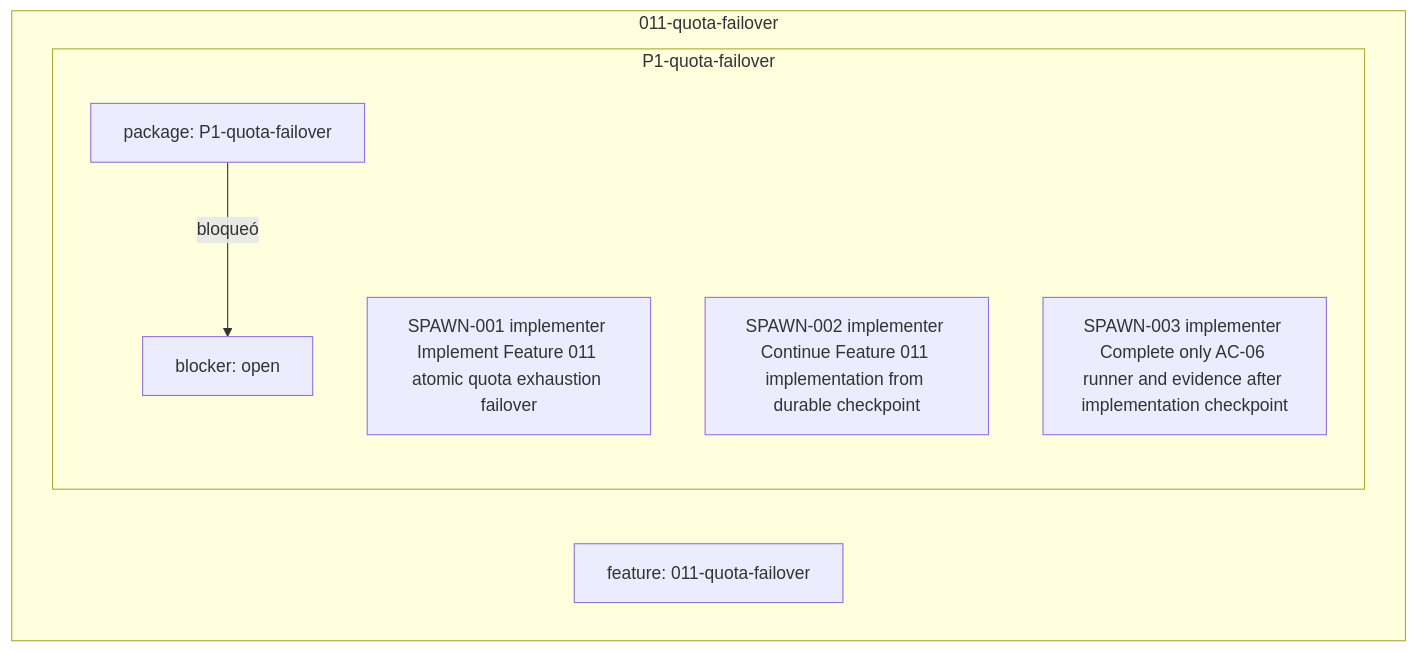
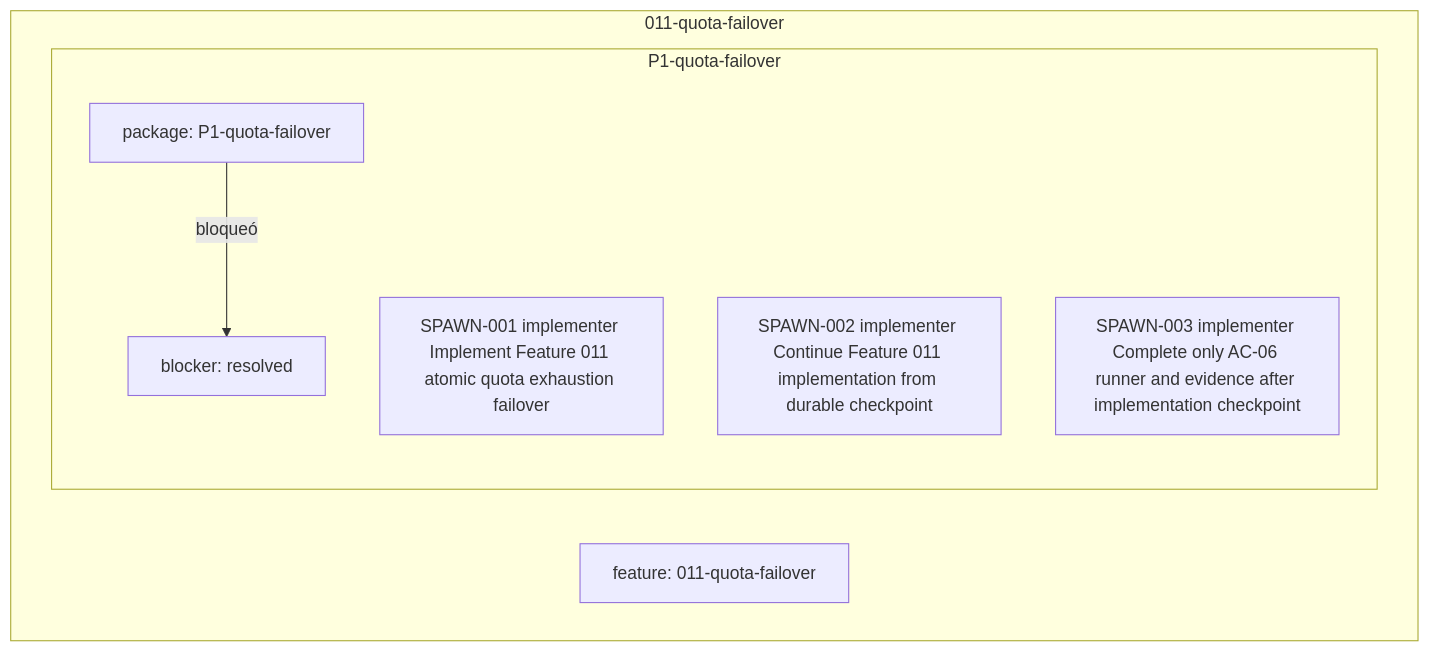
The diagram in docs/notas/features/011-quota-failover/grafo.md (federico0330/set-agents), drawn with Mermaid before and after one commit. The commit also changed 89 other files, not shown here.

````diff
--- a/docs/notas/features/011-quota-failover/grafo.md
+++ b/docs/notas/features/011-quota-failover/grafo.md
@@ -4,14 +4,14 @@
 ```mermaid
 flowchart TD
 subgraph sg_011_quota_failover["011-quota-failover"]
   feature_011_quota_failover_1["feature: 011-quota-failover"]
   subgraph sg_011_quota_failover_p1_quota_failover["P1-quota-failover"]
     package_011_quota_failover_p1_quota_failover_1["package: P1-quota-failover"]
     spawn_011_quota_failover_p1_quota_failover_1["SPAWN-001 implementer Implement Feature 011 atomic quota exhaustion failover"]
     spawn_011_quota_failover_p1_quota_failover_2["SPAWN-002 implementer Continue Feature 011 implementation from durable checkpoint"]
     spawn_011_quota_failover_p1_quota_failover_3["SPAWN-003 implementer Complete only AC-06 runner and evidence after implementation checkpoint"]
-    blocker_011_quota_failover_p1_quota_failover_1["blocker: open"]
+    blocker_011_quota_failover_p1_quota_failover_1["blocker: resolved"]
   end
 end
 package_011_quota_failover_p1_quota_failover_1 -->|bloqueó| blocker_011_quota_failover_p1_quota_failover_1
 ```
````
